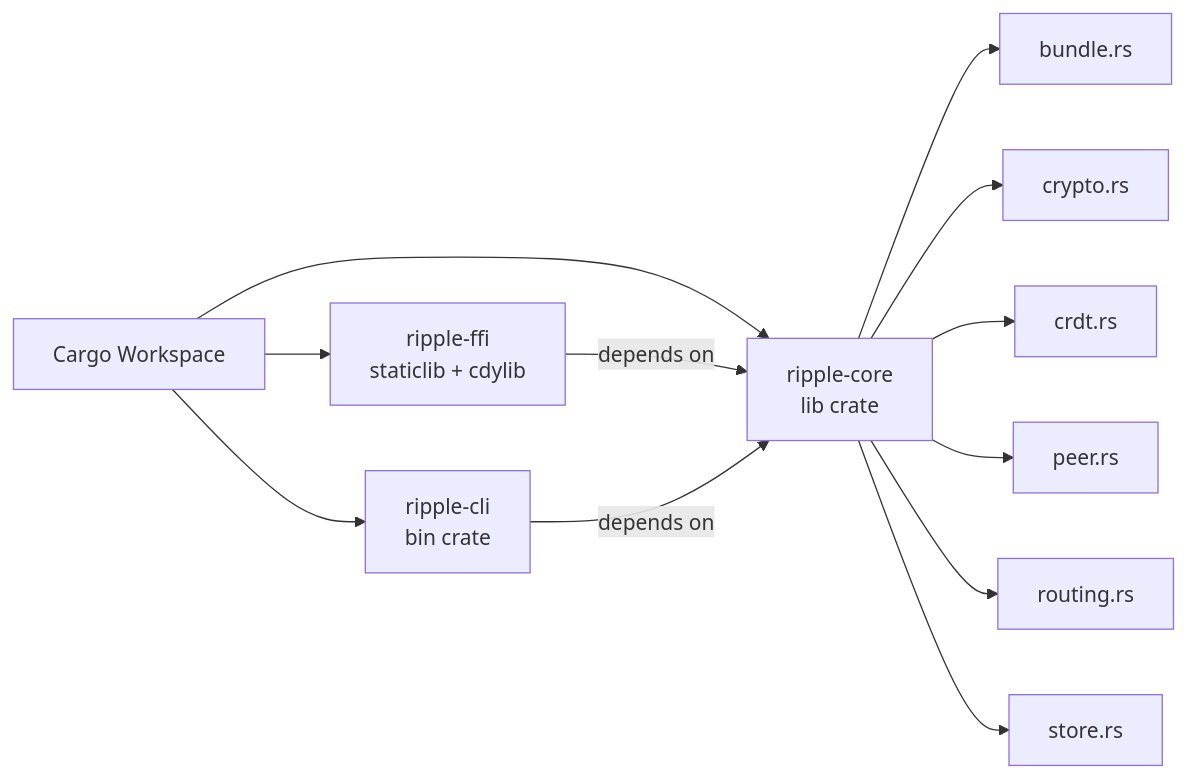
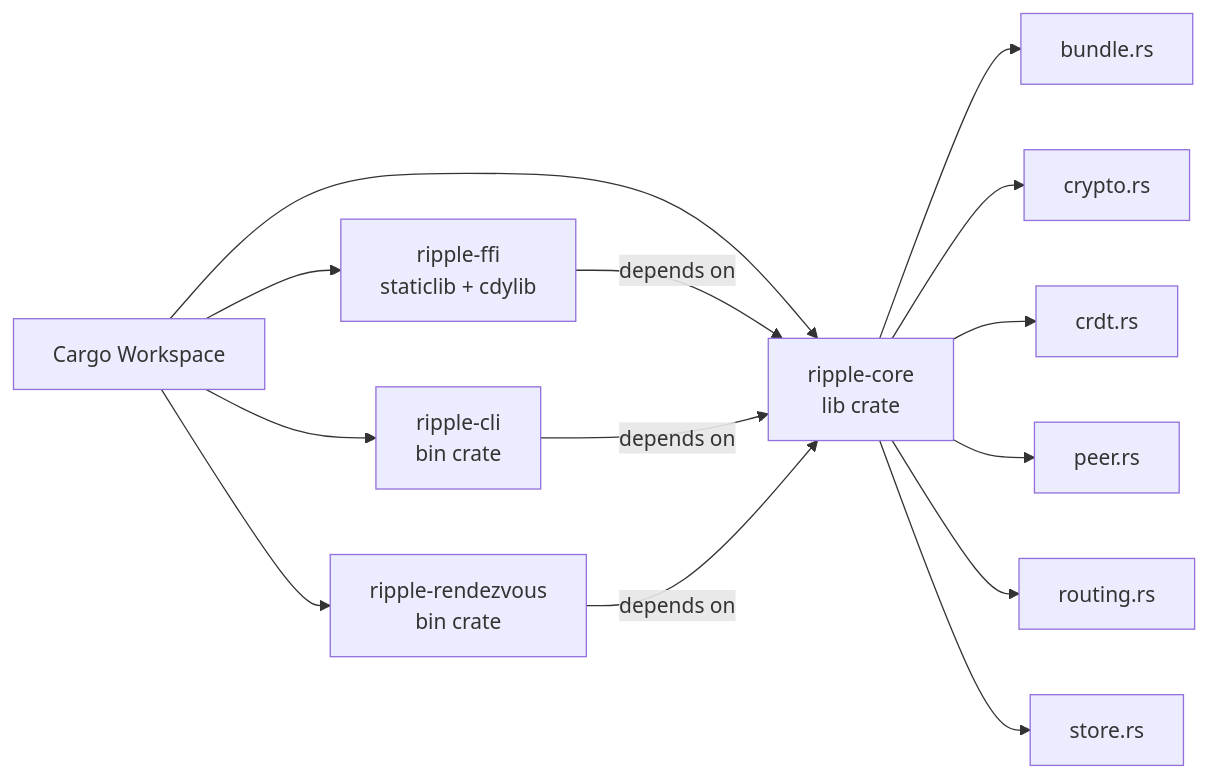
The second of 9 diagrams in docs/architecture/system-overview.md (tfuent1/ripple), drawn with Mermaid before and after one commit. The commit also changed 4 other files, not shown here.

````diff
--- a/docs/architecture/system-overview.md
+++ b/docs/architecture/system-overview.md
@@ -73,17 +73,19 @@
 ```mermaid
 graph LR
     Workspace[Cargo Workspace]
     Workspace --> core[ripple-core<br/>lib crate]
     Workspace --> ffi[ripple-ffi<br/>staticlib + cdylib]
     Workspace --> cli[ripple-cli<br/>bin crate]
+    Workspace --> rendezvous[ripple-rendezvous<br/>bin crate]
 
     ffi -->|depends on| core
     cli -->|depends on| core
+    rendezvous -->|depends on| core
 
     core --> bundle[bundle.rs]
     core --> crypto[crypto.rs]
     core --> crdt[crdt.rs]
     core --> peer[peer.rs]
     core --> routing[routing.rs]
     core --> store[store.rs]
 ```
````
